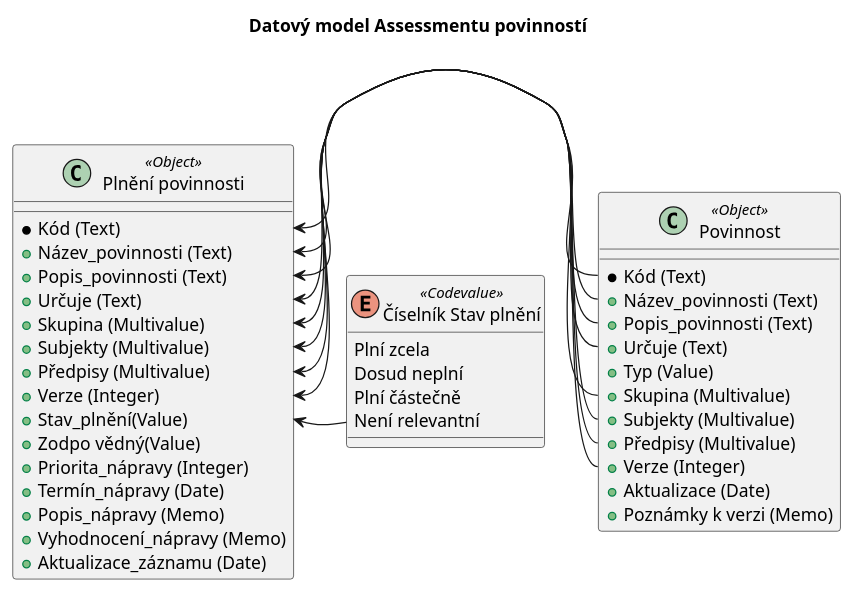
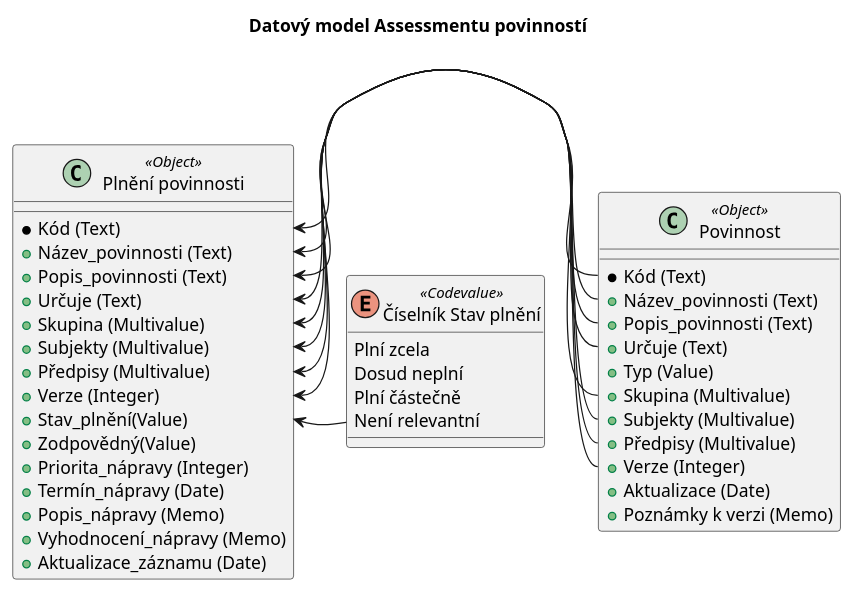
The second of 2 diagrams in mapapovinnosti-diagramy.plantuml (egdilna/metodika.dekompozice-povinnosti), drawn with PlantUML before and after one commit.

```diff
--- a/mapapovinnosti-diagramy.plantuml
+++ b/mapapovinnosti-diagramy.plantuml
@@ -30,50 +30,50 @@
 @startuml assessment-povinnosti-datovy-model
 title Datový model Assessmentu povinností
 
 CLASS "Povinnost" as Povinnost <<Object>> {
 * Kód (Text)
 + Název_povinnosti (Text)
 + Popis_povinnosti (Text)
 + Určuje (Text)
 + Typ (Value)
 + Skupina (Multivalue)
 + Subjekty (Multivalue)
 + Předpisy (Multivalue)
 + Verze (Integer)
 + Aktualizace (Date)
 + Poznámky k verzi (Memo)
 }
 CLASS "Plnění povinnosti" as Plnění <<Object>> {
 * Kód (Text)
 + Název_povinnosti (Text)
 + Popis_povinnosti (Text)
 + Určuje (Text)
 + Skupina (Multivalue)
 + Subjekty (Multivalue)
 + Předpisy (Multivalue)
 + Verze (Integer)
 + Stav_plnění(Value)
-+ Zodpo vědný(Value)
++ Zodpovědný(Value)
 + Priorita_nápravy (Integer)
 + Termín_nápravy (Date)
 + Popis_nápravy (Memo)
 + Vyhodnocení_nápravy (Memo)
 + Aktualizace_záznamu (Date)
 }
 ENUM  "Číselník Stav plnění" as cstavy <<Codevalue>> {
 Plní zcela
 Dosud neplní
 Plní částečně
 Není relevantní
 }
 
 Plnění::Kód <- Povinnost::Kód
 Plnění::Název_povinnosti <- Povinnost::Název_povinnosti
 Plnění::Popis_povinnosti <- Povinnost::Popis_povinnosti
 Plnění::Určuje <- Povinnost::Určuje
 Plnění::Skupina <- Povinnost::Skupina
 Plnění::Subjekty <- Povinnost::Subjekty
 Plnění::Předpisy <- Povinnost::Předpisy
 Plnění::Verze <- Povinnost::Verze
 Plnění::Stav_plnění <- cstavy
 @enduml
```
